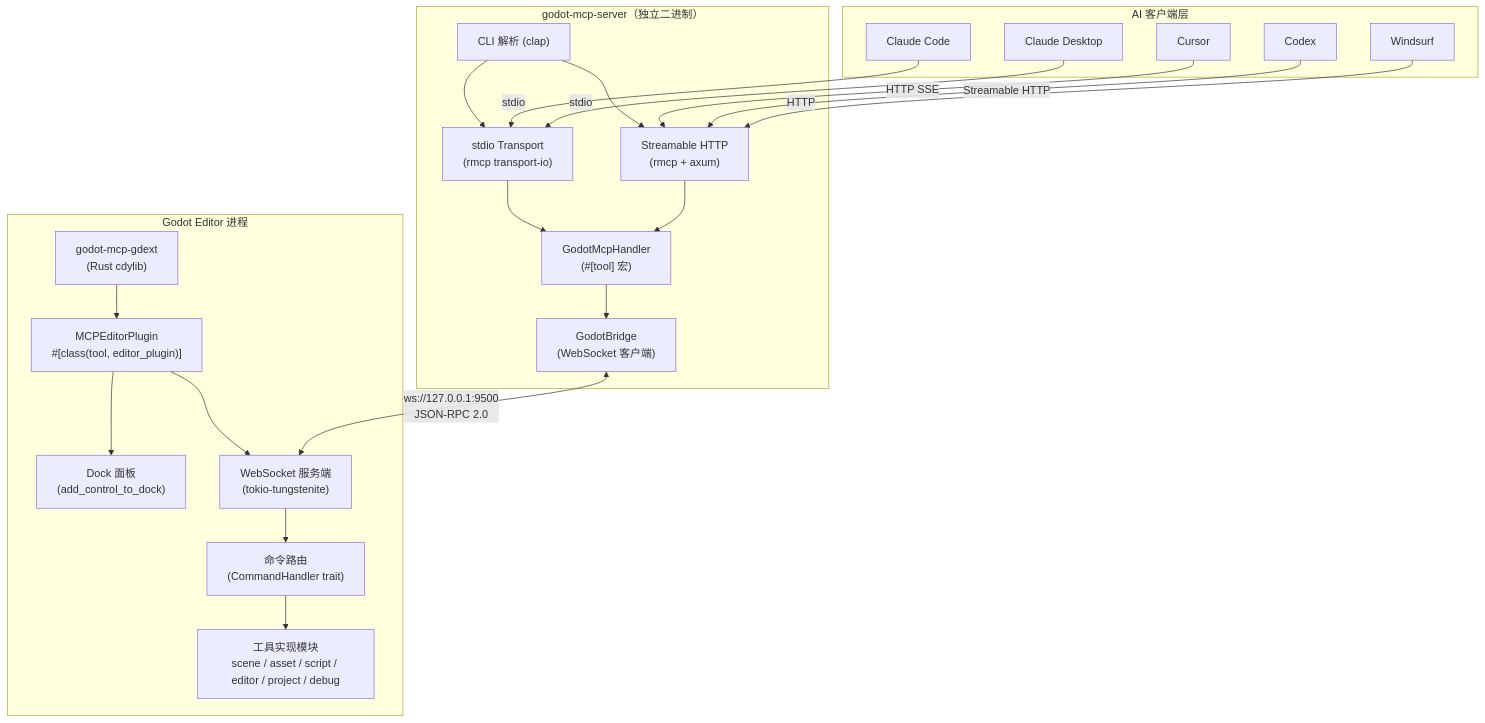
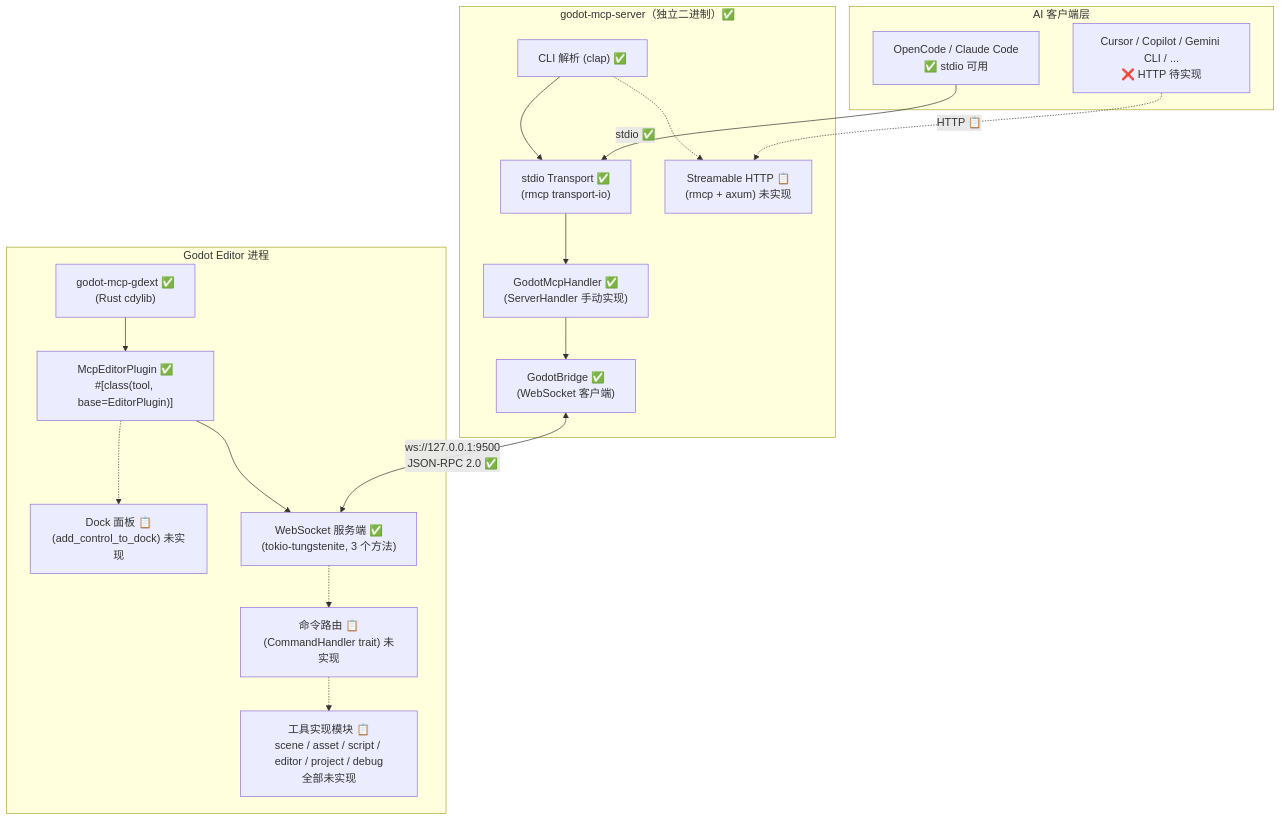
One commit to jesspig/GodotMCP-GDExtension changed the diagram in .repo_wiki/overview/architecture.md. Above: the diagram before and after it, drawn with Mermaid. The commit also changed other lines of this file and 9 other files, not shown here.

````diff
--- a/.repo_wiki/overview/architecture.md
+++ b/.repo_wiki/overview/architecture.md
@@ -5,48 +7,41 @@
 ```mermaid
 graph TD
     subgraph AI["AI 客户端层"]
-        CC["Claude Code"]
-        CD["Claude Desktop"]
-        Cursor["Cursor"]
-        Codex["Codex"]
-        Windsurf["Windsurf"]
+        CC["OpenCode / Claude Code<br/>✅ stdio 可用"]
+        Other["Cursor / Copilot / Gemini CLI / ...<br/>❌ HTTP 待实现"]
     end
 
-    subgraph RustServer["godot-mcp-server（独立二进制）"]
-        CLI["CLI 解析 (clap)"]
-        StdioSrv["stdio Transport<br/>(rmcp transport-io)"]
-        HttpSrv["Streamable HTTP<br/>(rmcp + axum)"]
-        Handler["GodotMcpHandler<br/>(#[tool] 宏)"]
-        Bridge["GodotBridge<br/>(WebSocket 客户端)"]
-        
+    subgraph RustServer["godot-mcp-server（独立二进制）✅"]
+        CLI["CLI 解析 (clap) ✅"]
+        StdioSrv["stdio Transport ✅<br/>(rmcp transport-io)"]
+        HttpSrv["Streamable HTTP 📋<br/>(rmcp + axum) 未实现"]
+        Handler["GodotMcpHandler ✅<br/>(ServerHandler 手动实现)"]
+        Bridge["GodotBridge ✅<br/>(WebSocket 客户端)"]
+
         CLI --> StdioSrv
-        CLI --> HttpSrv
+        CLI -.-> HttpSrv
         StdioSrv --> Handler
-        HttpSrv --> Handler
         Handler --> Bridge
     end
 
     subgraph GodotProc["Godot Editor 进程"]
-        GDExt["godot-mcp-gdext<br/>(Rust cdylib)"]
-        EditorPlugin["MCPEditorPlugin<br/>#[class(tool, editor_plugin)]"]
-        DockUI["Dock 面板<br/>(add_control_to_dock)"]
-        WSServer["WebSocket 服务端<br/>(tokio-tungstenite)"]
-        CmdRouter["命令路由<br/>(CommandHandler trait)"]
-        
-        ToolImpl["工具实现模块<br/>scene / asset / script / editor / project / debug"]
-        
+        GDExt["godot-mcp-gdext ✅<br/>(Rust cdylib)"]
+        EditorPlugin["McpEditorPlugin ✅<br/>#[class(tool, base=EditorPlugin)]"]
+        DockUI["Dock 面板 📋<br/>(add_control_to_dock) 未实现"]
+        WSServer["WebSocket 服务端 ✅<br/>(tokio-tungstenite, 3 个方法)"]
+        CmdRouter["命令路由 📋<br/>(CommandHandler trait) 未实现"]
+
+        ToolImpl["工具实现模块 📋<br/>scene / asset / script / editor / project / debug<br/>全部未实现"]
+
         GDExt --> EditorPlugin
-        EditorPlugin --> DockUI
+        EditorPlugin -.-> DockUI
         EditorPlugin --> WSServer
-        WSServer --> CmdRouter
-        CmdRouter --> ToolImpl
+        WSServer -.-> CmdRouter
+        CmdRouter -.-> ToolImpl
     end
 
-    CC -->|"stdio"| StdioSrv
-    CD -->|"stdio"| StdioSrv
-    Cursor -->|"HTTP SSE"| HttpSrv
-    Codex -->|"Streamable HTTP"| HttpSrv
-    Windsurf -->|"HTTP"| HttpSrv
-    
-    Bridge <-->|"ws://127.0.0.1:9500<br/>JSON-RPC 2.0"| WSServer
+    CC -->|"stdio ✅"| StdioSrv
+    Other -.->|"HTTP 📋"| HttpSrv
+
+    Bridge <-->|"ws://127.0.0.1:9500<br/>JSON-RPC 2.0 ✅"| WSServer
 ```
````
